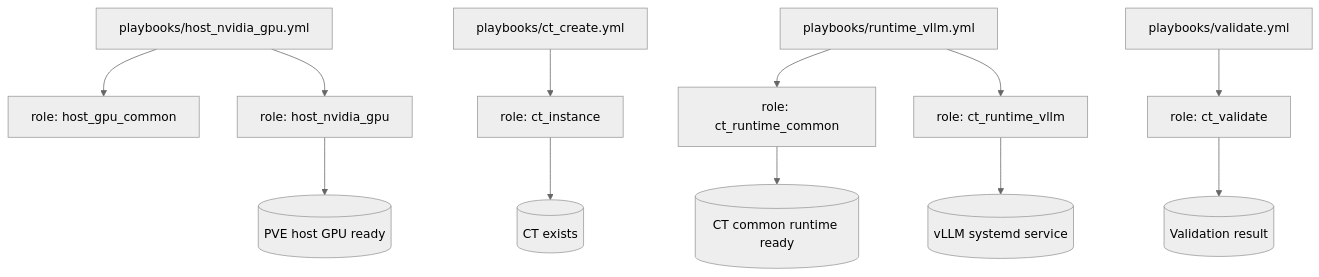
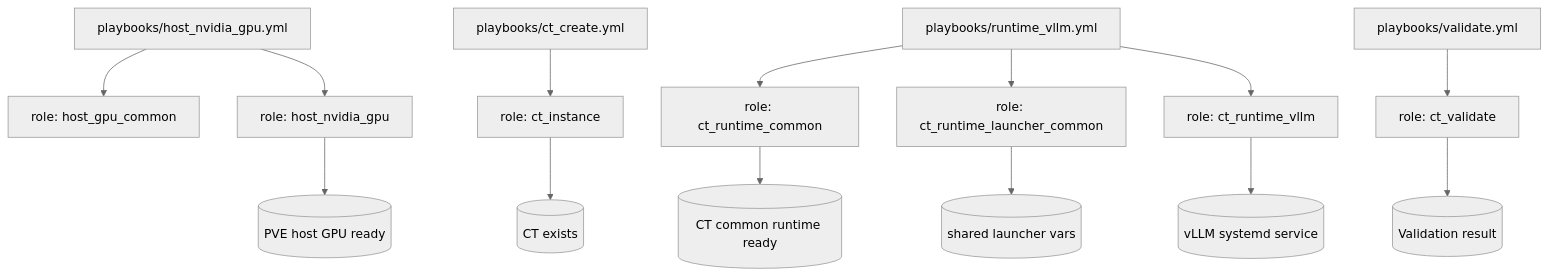
Before and after one commit to ktooi/ansible-collection-pve-inference: the diagram in README.md, drawn with Mermaid (neutral theme). The commit also changed other lines of this file and 29 other files, not shown here.

Commit message:
Implement remaining runtime roles and add launcher common role

````diff
--- a/README.md
+++ b/README.md
@@ -44,18 +44,20 @@
 ```mermaid
 flowchart TD
     A[playbooks/host_nvidia_gpu.yml] --> B[role: host_gpu_common]
     A --> C[role: host_nvidia_gpu]
 
     D[playbooks/ct_create.yml] --> E[role: ct_instance]
 
     F[playbooks/runtime_vllm.yml] --> G[role: ct_runtime_common]
+    F --> G2[role: ct_runtime_launcher_common]
     F --> H[role: ct_runtime_vllm]
 
     I[playbooks/validate.yml] --> J[role: ct_validate]
 
     C --> K[(PVE host GPU ready)]
     E --> L[(CT exists)]
     G --> M[(CT common runtime ready)]
+    G2 --> M2[(shared launcher vars)]
     H --> N[(vLLM systemd service)]
     J --> O[(Validation result)]
 ```
````
